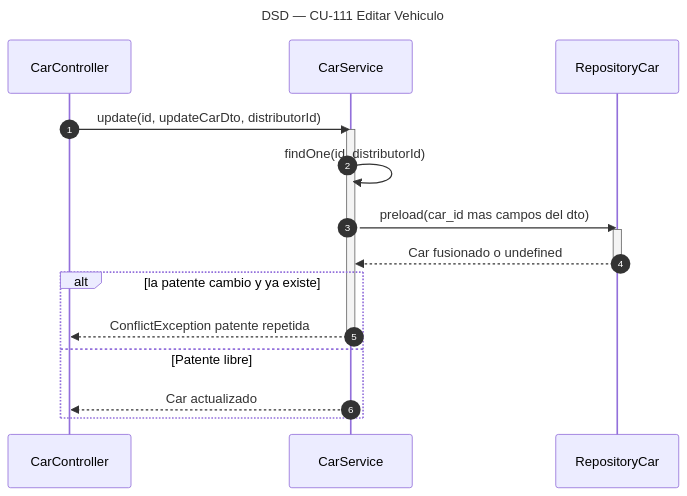
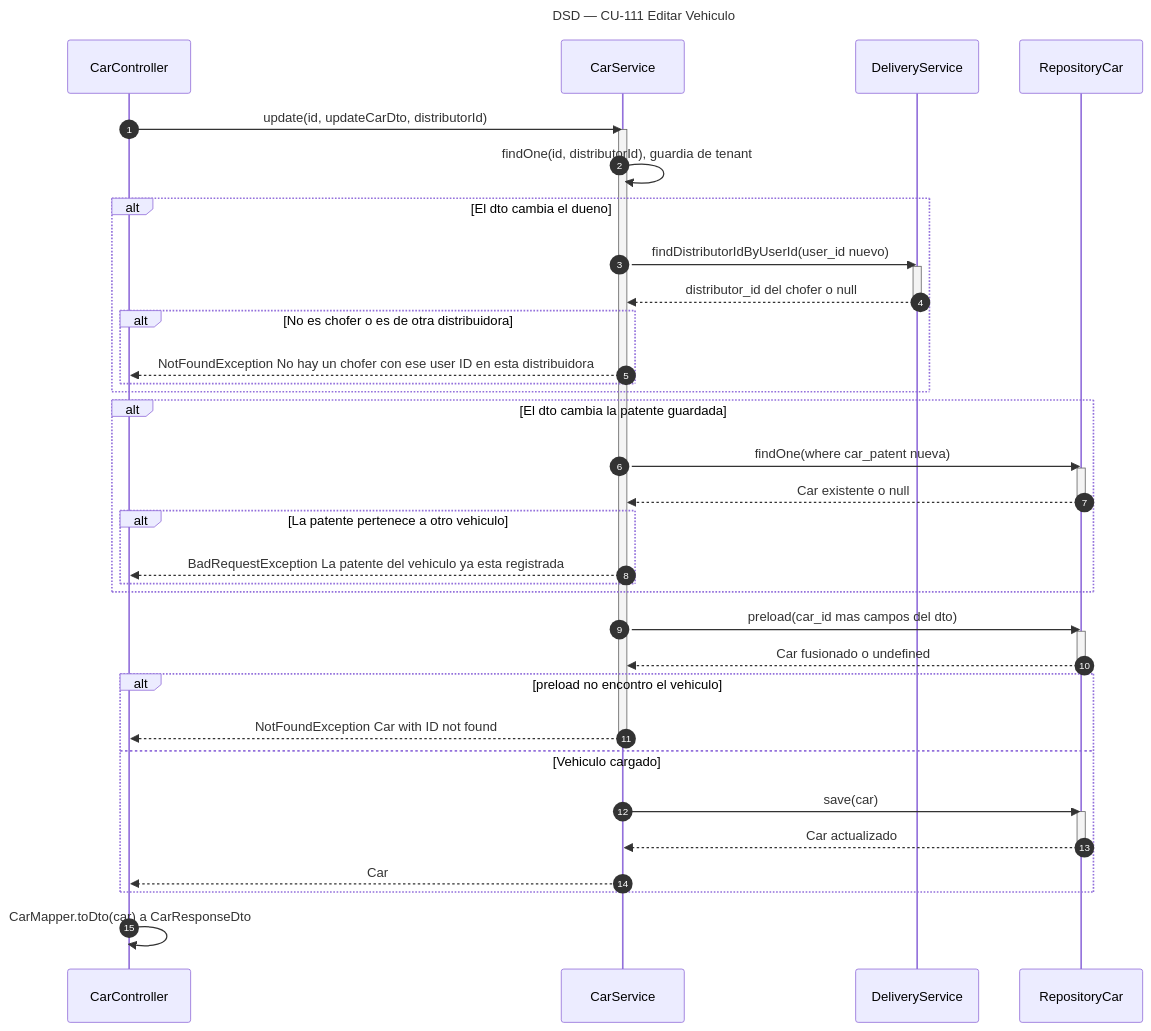
The diagram in diagramas/DSD_CU-111_Editar-Vehiculo.mmd (Nahuelito-Dev/splg-docs), drawn with Mermaid before and after one commit. The commit also changed 5 other files, not shown here.

Commit message:
docs: H-65..H-69 y DSD de vehículos con el dueño chofer de la distribuidora

```diff
--- a/diagramas/DSD_CU-111_Editar-Vehiculo.mmd
+++ b/diagramas/DSD_CU-111_Editar-Vehiculo.mmd
@@ -1,20 +1,44 @@
 sequenceDiagram
     title DSD — CU-111 Editar Vehiculo
     autonumber
     participant CTRL as CarController
     participant SRV as CarService
+    participant DSRV as DeliveryService
     participant CREP as RepositoryCar
 
     CTRL->>SRV: update(id, updateCarDto, distributorId)
     activate SRV
-    SRV->>SRV: findOne(id, distributorId)
+    SRV->>SRV: findOne(id, distributorId), guardia de tenant
+    alt El dto cambia el dueno
+        SRV->>DSRV: findDistributorIdByUserId(user_id nuevo)
+        activate DSRV
+        DSRV-->>SRV: distributor_id del chofer o null
+        deactivate DSRV
+        alt No es chofer o es de otra distribuidora
+            SRV-->>CTRL: NotFoundException No hay un chofer con ese user ID en esta distribuidora
+        end
+    end
+    alt El dto cambia la patente guardada
+        SRV->>CREP: findOne(where car_patent nueva)
+        activate CREP
+        CREP-->>SRV: Car existente o null
+        deactivate CREP
+        alt La patente pertenece a otro vehiculo
+            SRV-->>CTRL: BadRequestException La patente del vehiculo ya esta registrada
+        end
+    end
     SRV->>CREP: preload(car_id mas campos del dto)
     activate CREP
     CREP-->>SRV: Car fusionado o undefined
     deactivate CREP
-    alt la patente cambio y ya existe
-        SRV-->>CTRL: ConflictException patente repetida
+    alt preload no encontro el vehiculo
+        SRV-->>CTRL: NotFoundException Car with ID not found
         deactivate SRV
-    else Patente libre
-        SRV-->>CTRL: Car actualizado
+    else Vehiculo cargado
+        SRV->>CREP: save(car)
+        activate CREP
+        CREP-->>SRV: Car actualizado
+        deactivate CREP
+        SRV-->>CTRL: Car
     end
+    CTRL->>CTRL: CarMapper.toDto(car) a CarResponseDto
```
